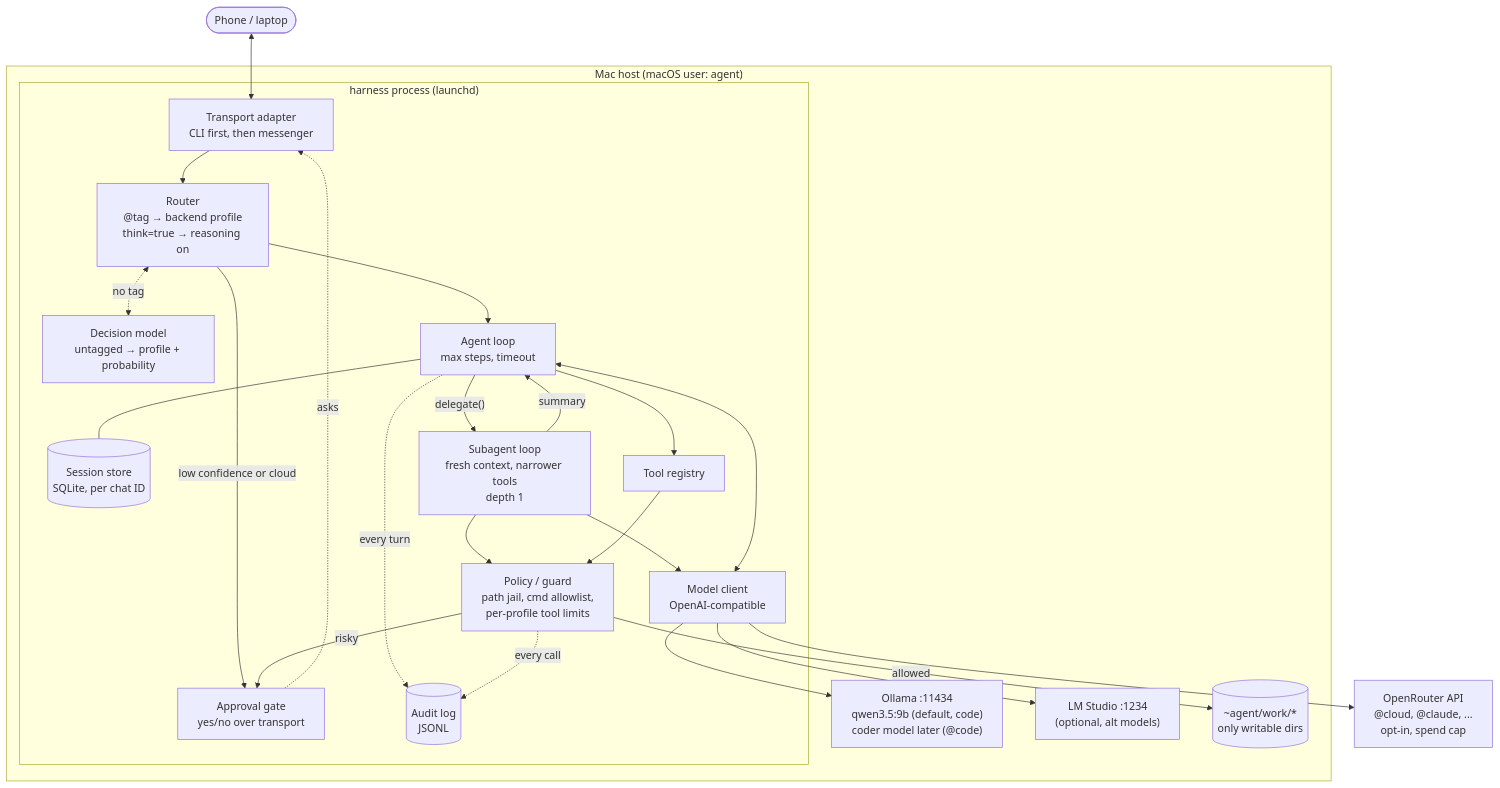
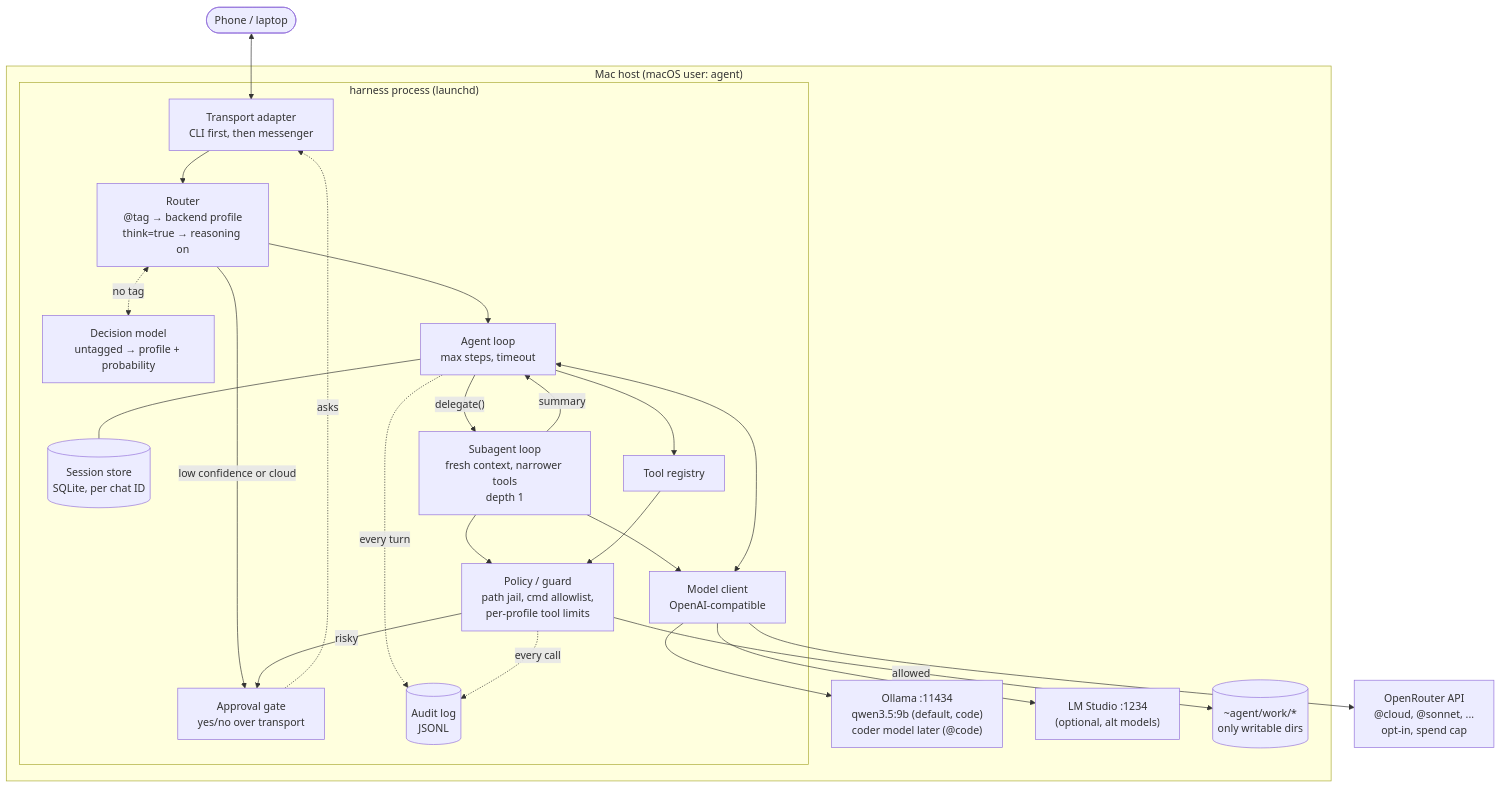
The diagram in docs/reference-architecture.md (ahplummer/gostafson), drawn with Mermaid before and after one commit. The commit also changed other lines of this file and 11 other files, not shown here.

````diff
--- a/docs/reference-architecture.md
+++ b/docs/reference-architecture.md
@@ -45,45 +45,45 @@
 ```mermaid
 flowchart TD
     phone([Phone / laptop])
 
     subgraph host["Mac host (macOS user: agent)"]
         subgraph harness["harness process (launchd)"]
             transport["Transport adapter<br/>CLI first, then messenger"]
             sessions[("Session store<br/>SQLite, per chat ID")]
             router["Router<br/>@tag → backend profile<br/>think=true → reasoning on"]
             decide["Decision model<br/>untagged → profile + probability"]
             loop["Agent loop<br/>max steps, timeout"]
             sub["Subagent loop<br/>fresh context, narrower tools<br/>depth 1"]
             client["Model client<br/>OpenAI-compatible"]
             registry["Tool registry"]
             guard["Policy / guard<br/>path jail, cmd allowlist,<br/>per-profile tool limits"]
             approve["Approval gate<br/>yes/no over transport"]
             audit[("Audit log<br/>JSONL")]
         end
 
         ollama["Ollama :11434<br/>qwen3.5:9b (default, code)<br/>coder model later (@code)"]
         lms["LM Studio :1234<br/>(optional, alt models)"]
         work[("~agent/work/*<br/>only writable dirs")]
     end
 
-    openrouter["OpenRouter API<br/>@cloud, @claude, ...<br/>opt-in, spend cap"]
+    openrouter["OpenRouter API<br/>@cloud, @sonnet, ...<br/>opt-in, spend cap"]
 
     phone <--> transport
     transport --> router --> loop
     router <-. no tag .-> decide
     router -- "low confidence or cloud" --> approve
     loop -- "delegate()" --> sub
     sub -- summary --> loop
     sub --> client
     sub --> guard
     loop --- sessions
     loop <--> client
     client --> ollama
     client --> lms
     client --> openrouter
     loop --> registry --> guard
     guard -- risky --> approve -. asks .-> transport
     guard -- allowed --> work
     loop -. every turn .-> audit
     guard -. every call .-> audit
 ```
````
